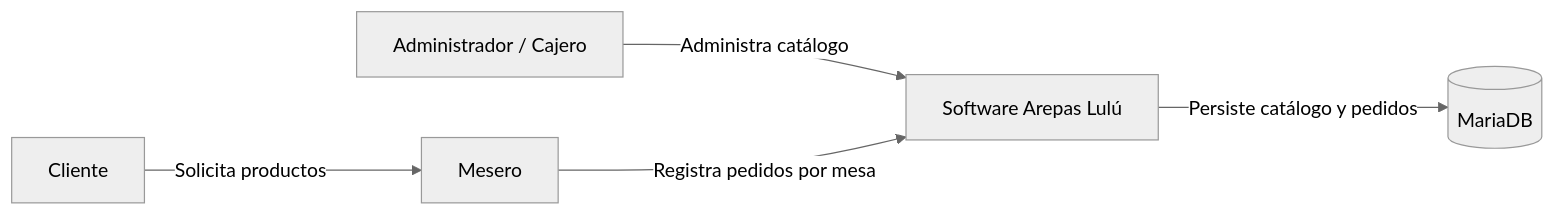
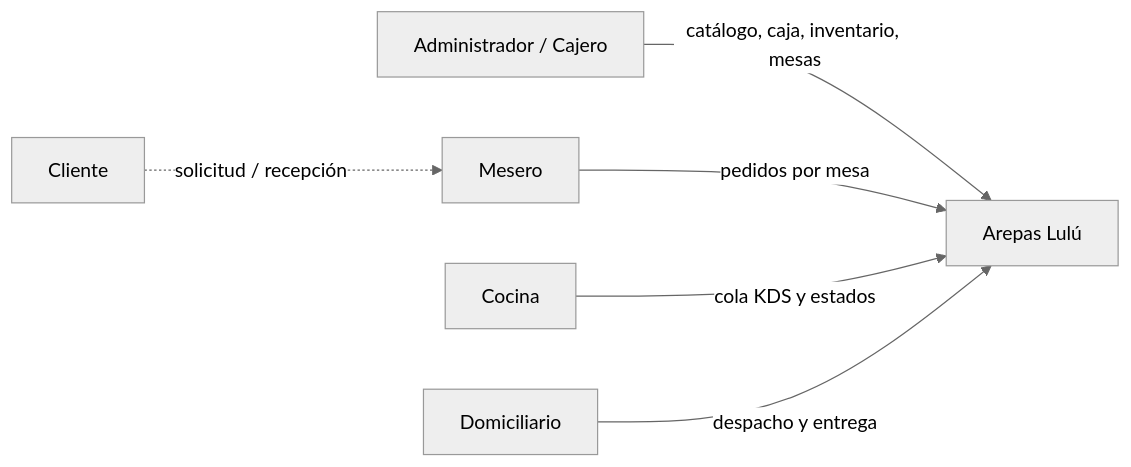
The first of 3 diagrams in arepas-lulu-prototype/docs/architecture/C4.md (Deim05x/arepas-lulu-prototype), drawn with Mermaid (neutral theme) before and after one commit. The commit also changed other lines of this file and 14 other files, not shown here.

````diff
--- a/arepas-lulu-prototype/docs/architecture/C4.md
+++ b/arepas-lulu-prototype/docs/architecture/C4.md
@@ -5,7 +7,8 @@
 ```mermaid
 flowchart LR
-  A[Administrador / Cajero] -->|Administra catálogo| S[Software Arepas Lulú]
-  M[Mesero] -->|Registra pedidos por mesa| S
-  C[Cliente] -->|Solicita productos| M
-  S -->|Persiste catálogo y pedidos| DB[(MariaDB)]
+    A[Administrador / Cajero] -->|catálogo, caja, inventario, mesas| S[Arepas Lulú]
+    M[Mesero] -->|pedidos por mesa| S
+    C[Cocina] -->|cola KDS y estados| S
+    D[Domiciliario] -->|despacho y entrega| S
+    CL[Cliente] -. solicitud / recepción .-> M
 ```
````
